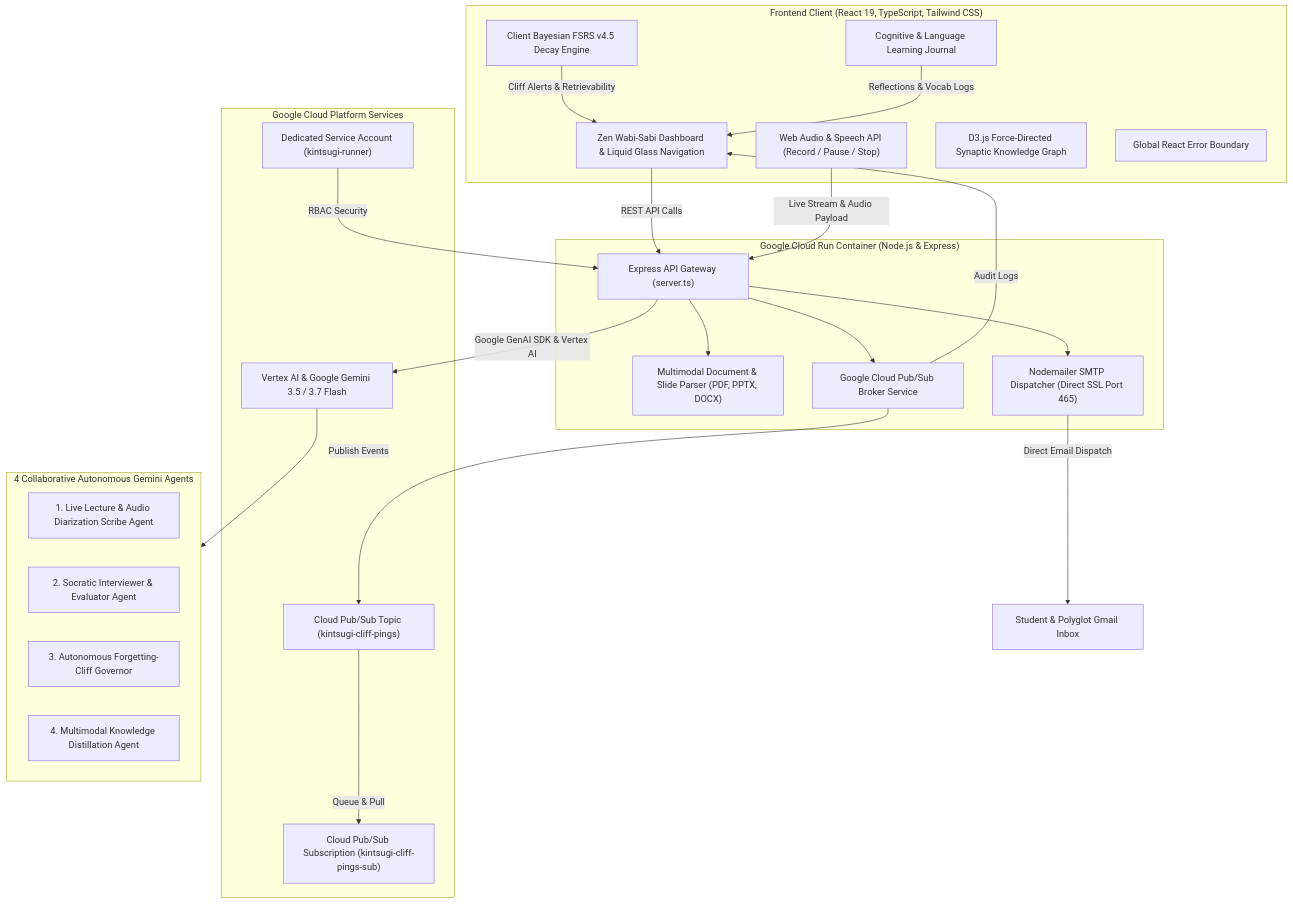
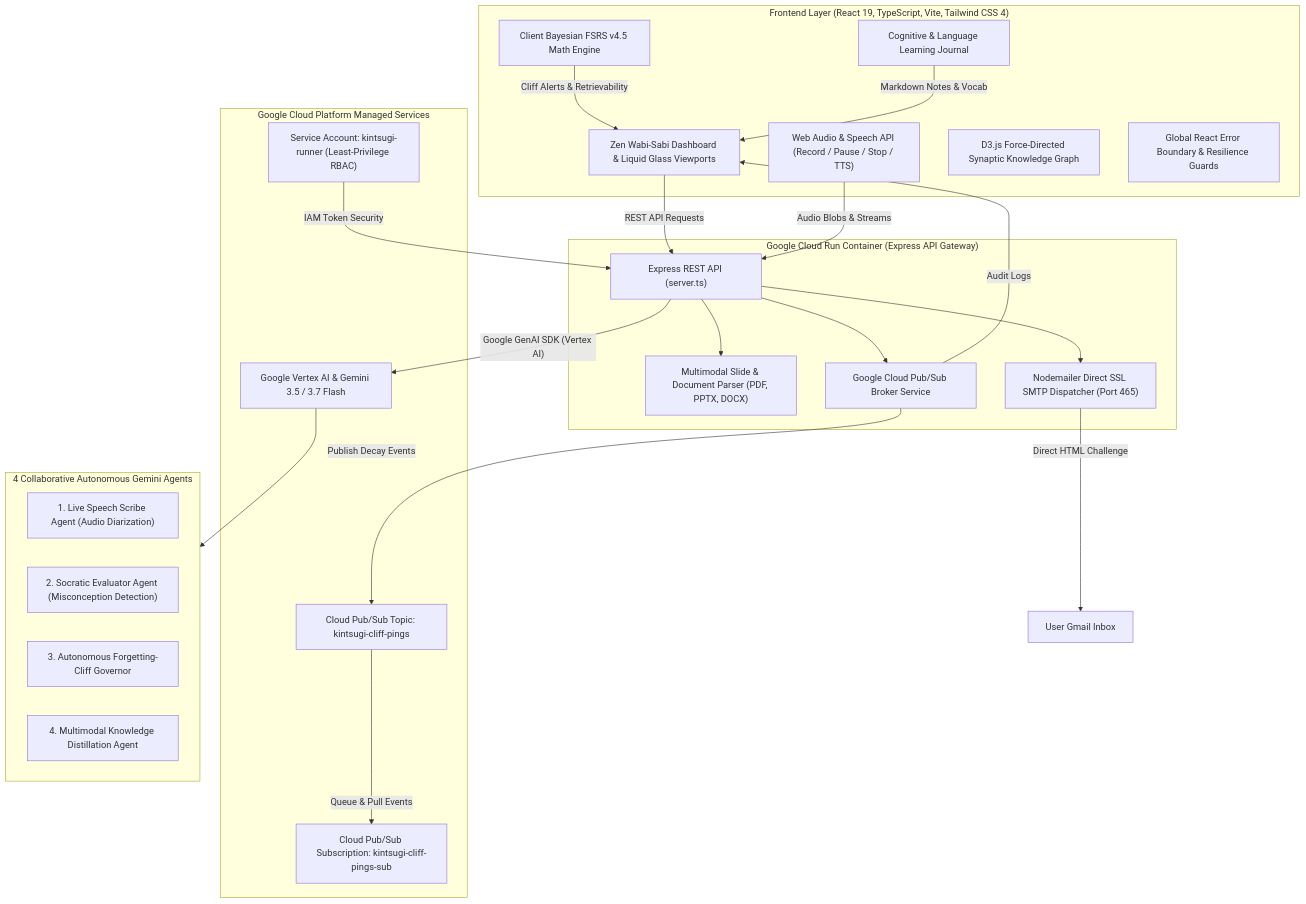
One commit to rafifernandaa/kintsugi-memory changed the first of 4 diagrams in README.md. Above: the diagram before and after it, drawn with Mermaid. The commit also changed other lines of this file, not shown here.

Commit message:
docs: enrich README with visual component topology, 3 execution paths, full tech stack matrix, folder breakdown, and resilience engineering edge cases

````diff
--- a/README.md
+++ b/README.md
@@ -29,54 +34,54 @@
 ```mermaid
 flowchart TB
-    subgraph Client["Frontend Client (React 19, TypeScript, Tailwind CSS)"]
-        UI["Zen Wabi-Sabi Dashboard & Liquid Glass Navigation"]
-        AudioEngine["Web Audio & Speech API (Record / Pause / Stop)"]
+    subgraph Client["Frontend Layer (React 19, TypeScript, Vite, Tailwind CSS 4)"]
+        UI["Zen Wabi-Sabi Dashboard & Liquid Glass Viewports"]
+        AudioEngine["Web Audio & Speech API (Record / Pause / Stop / TTS)"]
         D3Graph["D3.js Force-Directed Synaptic Knowledge Graph"]
-        FSRSEngine["Client Bayesian FSRS v4.5 Decay Engine"]
+        FSRSEngine["Client Bayesian FSRS v4.5 Math Engine"]
         JournalEngine["Cognitive & Language Learning Journal"]
-        ErrBoundary["Global React Error Boundary"]
+        GlobalErr["Global React Error Boundary & Resilience Guards"]
     end
 
-    subgraph Backend["Google Cloud Run Container (Node.js & Express)"]
-        Server["Express API Gateway (server.ts)"]
-        DocParser["Multimodal Document & Slide Parser (PDF, PPTX, DOCX)"]
-        SmtpService["Nodemailer SMTP Dispatcher (Direct SSL Port 465)"]
+    subgraph Backend["Google Cloud Run Container (Express API Gateway)"]
+        Server["Express REST API (server.ts)"]
+        DocParser["Multimodal Slide & Document Parser (PDF, PPTX, DOCX)"]
+        SmtpService["Nodemailer Direct SSL SMTP Dispatcher (Port 465)"]
         PubSubService["Google Cloud Pub/Sub Broker Service"]
     end
 
-    subgraph GCP["Google Cloud Platform Services"]
-        PubSubTopic["Cloud Pub/Sub Topic (kintsugi-cliff-pings)"]
-        PubSubSub["Cloud Pub/Sub Subscription (kintsugi-cliff-pings-sub)"]
-        VertexAI["Vertex AI & Google Gemini 3.5 / 3.7 Flash"]
-        IAM["Dedicated Service Account (kintsugi-runner)"]
+    subgraph GCP["Google Cloud Platform Managed Services"]
+        PubSubTopic["Cloud Pub/Sub Topic: kintsugi-cliff-pings"]
+        PubSubSub["Cloud Pub/Sub Subscription: kintsugi-cliff-pings-sub"]
+        VertexAI["Google Vertex AI & Gemini 3.5 / 3.7 Flash"]
+        IAM["Service Account: kintsugi-runner (Least-Privilege RBAC)"]
     end
 
-    subgraph AutonomousAgents["4 Collaborative Autonomous Gemini Agents"]
-        AgentScribe["1. Live Lecture & Audio Diarization Scribe Agent"]
-        AgentSocratic["2. Socratic Interviewer & Evaluator Agent"]
+    subgraph Agents["4 Collaborative Autonomous Gemini Agents"]
+        AgentScribe["1. Live Speech Scribe Agent (Audio Diarization)"]
+        AgentSocratic["2. Socratic Evaluator Agent (Misconception Detection)"]
         AgentGovernor["3. Autonomous Forgetting-Cliff Governor"]
-        AgentSynthesizer["4. Multimodal Knowledge Distillation Agent"]
+        AgentDistiller["4. Multimodal Knowledge Distillation Agent"]
     end
 
     %% Client to Backend
-    UI -->|REST API Calls| Server
-    AudioEngine -->|Live Stream & Audio Payload| Server
+    UI -->|REST API Requests| Server
+    AudioEngine -->|Audio Blobs & Streams| Server
     FSRSEngine -->|Cliff Alerts & Retrievability| UI
-    JournalEngine -->|Reflections & Vocab Logs| UI
+    JournalEngine -->|Markdown Notes & Vocab| UI
 
     %% Backend internal routing
     Server --> DocParser
     Server --> SmtpService
     Server --> PubSubService
 
     %% Backend to GCP
-    PubSubService -->|Publish Events| PubSubTopic
-    PubSubTopic -->|Queue & Pull| PubSubSub
-    Server -->|"Google GenAI SDK & Vertex AI"| VertexAI
-    VertexAI --> AutonomousAgents
-    IAM -->|RBAC Security| Server
+    PubSubService -->|Publish Decay Events| PubSubTopic
+    PubSubTopic -->|Queue & Pull Events| PubSubSub
+    Server -->|"Google GenAI SDK (Vertex AI)"| VertexAI
+    VertexAI --> Agents
+    IAM -->|IAM Token Security| Server
 
     %% Autonomous Delivery
-    SmtpService -->|Direct Email Dispatch| UserInbox["Student & Polyglot Gmail Inbox"]
+    SmtpService -->|Direct HTML Challenge| UserInbox["User Gmail Inbox"]
     PubSubService -->|Audit Logs| UI
 ```
````
